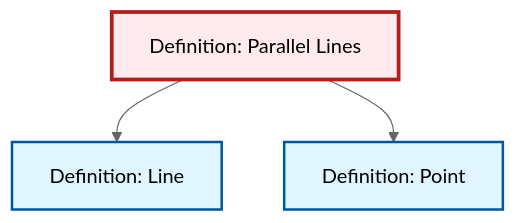
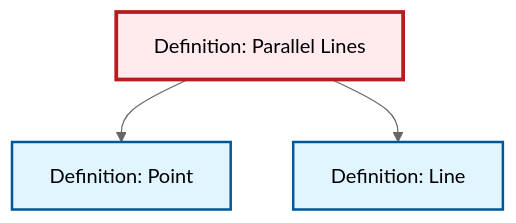
The diagram in content/ja/geometry/def-parallel.qmd (RK0429/ModernMath), drawn with Mermaid (neutral theme) before and after one commit. The commit also changed other lines of this file and 530 other files, not shown here.

````diff
--- a/content/ja/geometry/def-parallel.qmd
+++ b/content/ja/geometry/def-parallel.qmd
@@ -88,17 +88,17 @@
 ```{mermaid}
 %%| fig-cap: "Local dependency graph"
 graph TD
     classDef definition fill:#e1f5fe,stroke:#01579b,stroke-width:2px
     classDef theorem fill:#f3e5f5,stroke:#4a148c,stroke-width:2px
     classDef axiom fill:#fff3e0,stroke:#e65100,stroke-width:2px
     classDef example fill:#e8f5e9,stroke:#1b5e20,stroke-width:2px
     classDef current fill:#ffebee,stroke:#b71c1c,stroke-width:3px
+    def-point["Definition: Point"]:::definition
     def-line["Definition: Line"]:::definition
-    def-point["Definition: Point"]:::definition
     def-parallel["Definition: Parallel Lines"]:::definition
+    def-parallel --> def-point
     def-parallel --> def-line
-    def-parallel --> def-point
     class def-parallel current
+    click def-point "def-point.html" "Definition: Pointへ"
     click def-line "def-line.html" "Definition: Lineへ"
-    click def-point "def-point.html" "Definition: Pointへ"
 ```
````
